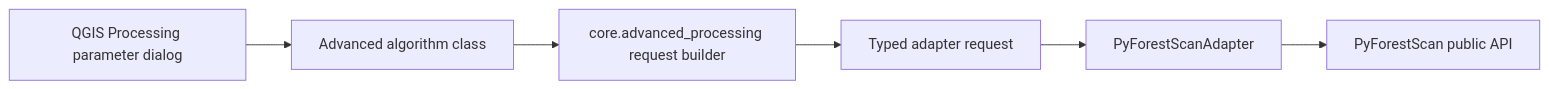
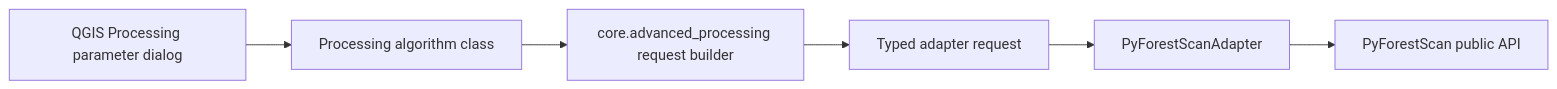
The diagram in docs/api/PYFORESTSCAN_ADVANCED_TOOLBOX_MAP.md (sticholas/pyforestscan-qgis), drawn with Mermaid before and after one commit. The commit also changed other lines of this file and 22 other files, not shown here.

````diff
--- a/docs/api/PYFORESTSCAN_ADVANCED_TOOLBOX_MAP.md
+++ b/docs/api/PYFORESTSCAN_ADVANCED_TOOLBOX_MAP.md
@@ -16,8 +16,8 @@
 ```mermaid
 flowchart LR
-    A["QGIS Processing parameter dialog"] --> B["Advanced algorithm class"]
+    A["QGIS Processing parameter dialog"] --> B["Processing algorithm class"]
     B --> C["core.advanced_processing request builder"]
     C --> D["Typed adapter request"]
     D --> E["PyForestScanAdapter"]
     E --> F["PyForestScan public API"]
 ```
````
